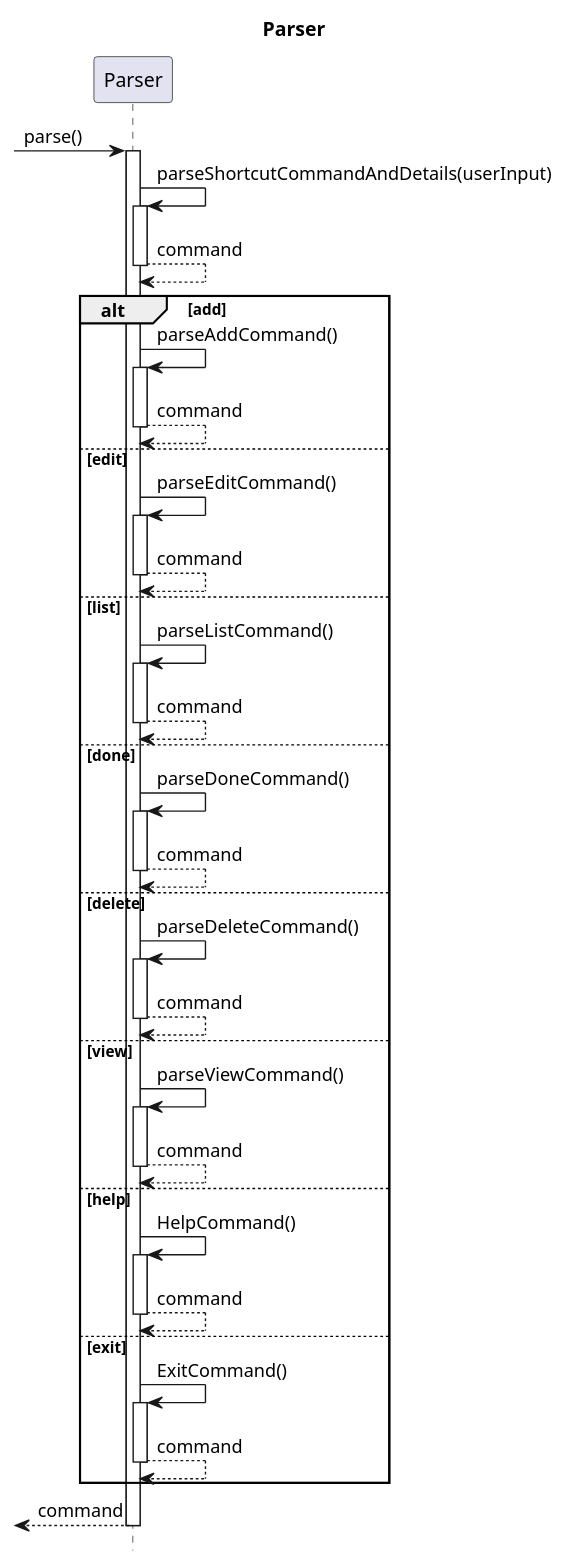
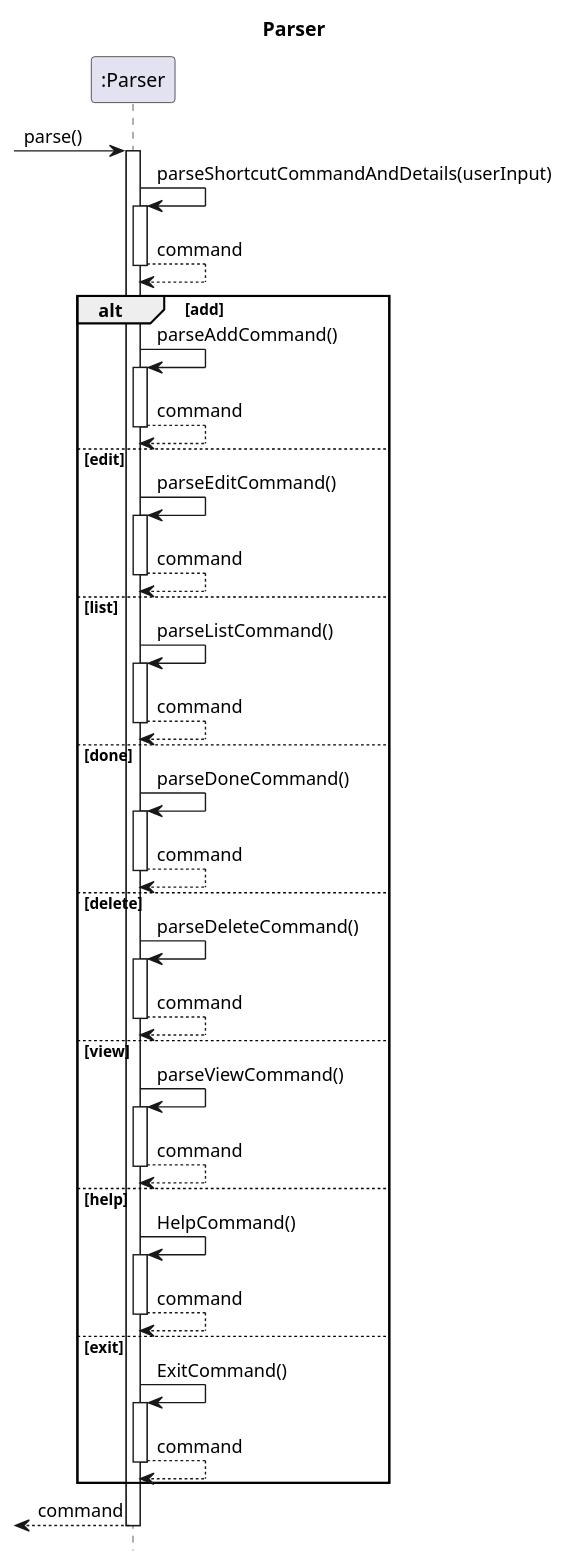
Before and after one commit to wish2023/tp: the diagram in docs/sequenceDiagrams/Parser.puml, drawn with PlantUML. The commit also changed 6 other files, not shown here.

```diff
--- a/docs/sequenceDiagrams/Parser.puml
+++ b/docs/sequenceDiagrams/Parser.puml
@@ -1,37 +1,37 @@
 @startuml
 title Parser
 hide footbox
-
+participant ":Parser" as Parser
 
 ->Parser++:parse()
 Parser->Parser++: parseShortcutCommandAndDetails(userInput)
 return command
 alt add
 Parser->Parser++:parseAddCommand()
 return command
 else edit
 Parser->Parser++:parseEditCommand()
 return command
 else list
 Parser->Parser++:parseListCommand()
 return command
 else done
 Parser->Parser++:parseDoneCommand()
 return command
 else delete
 Parser->Parser++:parseDeleteCommand()
 return command
 else view
 Parser->Parser++:parseViewCommand()
 return command
 else help
 Parser->Parser++:HelpCommand()
 return command
 else exit
 Parser->Parser++:ExitCommand()
 return command
 end
 <--Parser--: command
 
 
 @enduml
```
